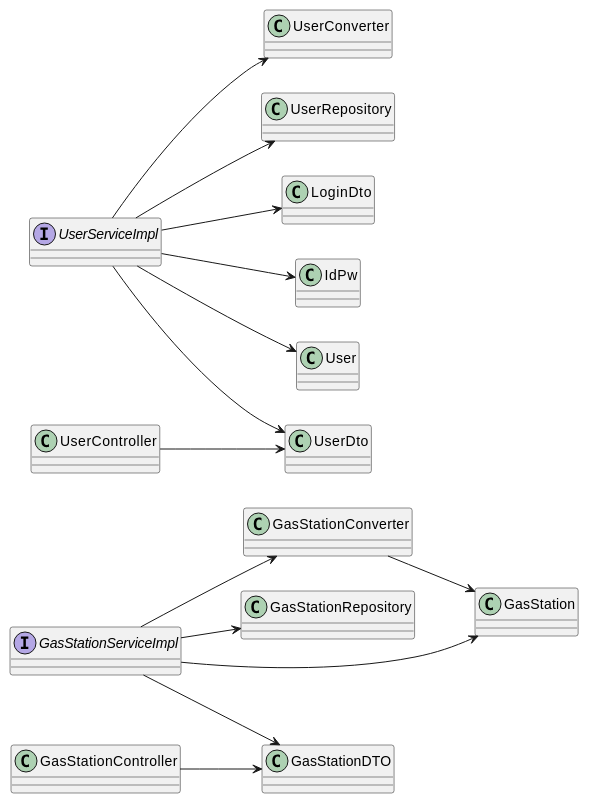
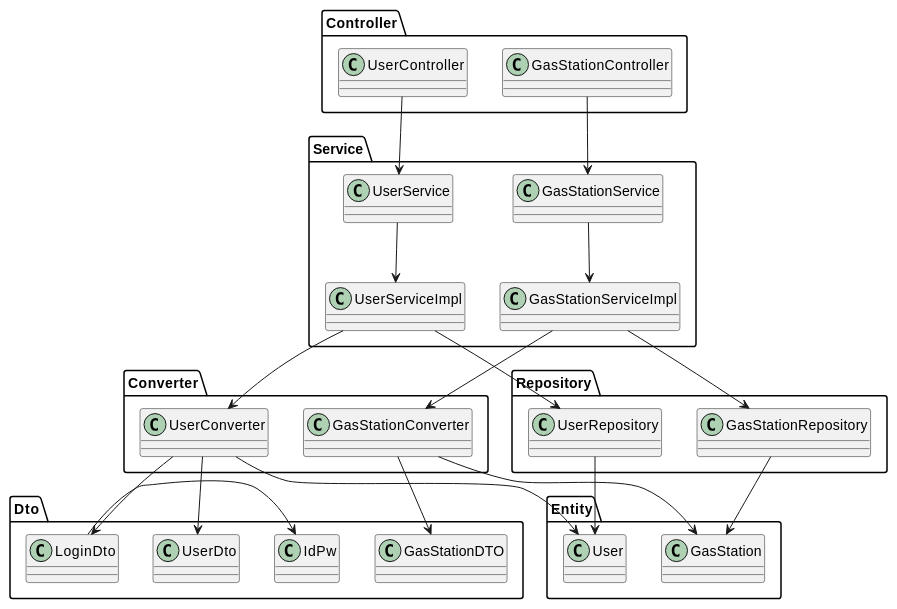
One commit to LucaOddoneSE/EZGas changed the diagram in docs/IntegrationApiTestReport.md. Above: the diagram before and after it, drawn with PlantUML.

Commit message:
doc: dependency graph updated, vertical view

````diff
--- a/docs/IntegrationApiTestReport.md
+++ b/docs/IntegrationApiTestReport.md
@@ -26,37 +26,60 @@
 ```plantuml
 @startuml
-left to right direction
+package Controller {
+class GasStationController {}
+class UserController {}
+}
 
-Interface GasStationServiceImpl {}
+package Service {
+class GasStationServiceImpl {}
+class UserServiceImpl {}
+class GasStationService {}
+class UserService {}
+}
+
+
+package Converter {
+class UserConverter {}
 class GasStationConverter {}
+}
+
+
+package Repository {
+class UserRepository {}
 class GasStationRepository {}
-class GasStationController {}
-class GasStation {}
-class GasStationDTO {}
+}
 
-Interface UserServiceImpl {}
-class UserConverter {}
-class UserRepository {}
-class UserController {}
+package Dto{
 class LoginDto {}
 class IdPw {}
 class UserDto {}
+class GasStationDTO {}
+
+}
+
+package Entity {
 class User {}
+class GasStation {}
+}
 
 
-GasStationServiceImpl  -->  GasStationConverter
-GasStationServiceImpl  -->  GasStationRepository
-GasStationServiceImpl  -->  GasStation
-GasStationServiceImpl  -->  GasStationDTO
-GasStationController   -->  GasStationDTO
-GasStationConverter    -->  GasStation
 
-UserServiceImpl  --> User
-UserServiceImpl  --> UserConverter
-UserServiceImpl  --> UserRepository
-UserServiceImpl  --> LoginDto
-UserServiceImpl  --> IdPw
-UserServiceImpl  --> UserDto
-UserController  --> UserDto
+GasStationController --> GasStationService
+UserController --> UserService 
+UserService --> UserServiceImpl
+GasStationService --> GasStationServiceImpl
+GasStationServiceImpl --> GasStationConverter
+GasStationServiceImpl --> GasStationRepository
+UserServiceImpl --> UserRepository
+UserServiceImpl --> UserConverter
+GasStationConverter --> GasStationDTO
+GasStationConverter --> GasStation
+UserConverter --> UserDto
+UserConverter --> LoginDto
+UserConverter --> User
+LoginDto -right-> IdPw 
+GasStationRepository --> GasStation
+UserRepository --> User
 @enduml
+
 ```
````
